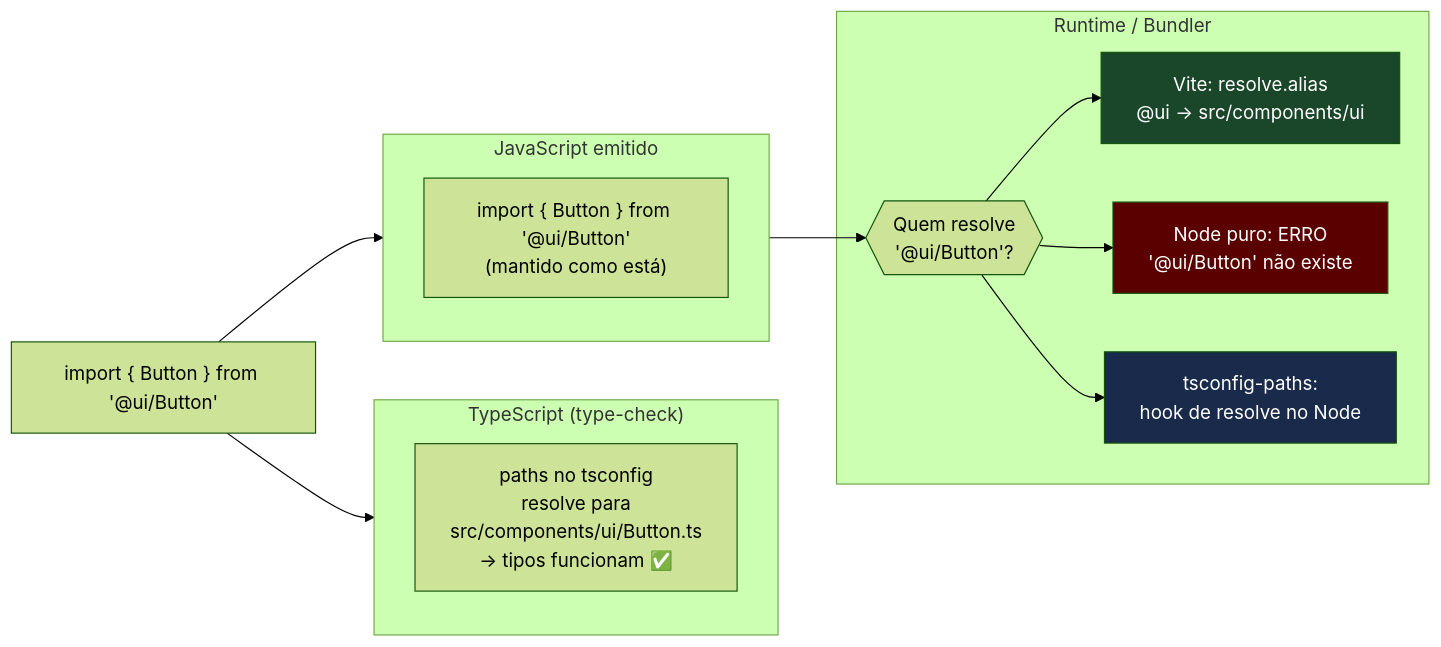
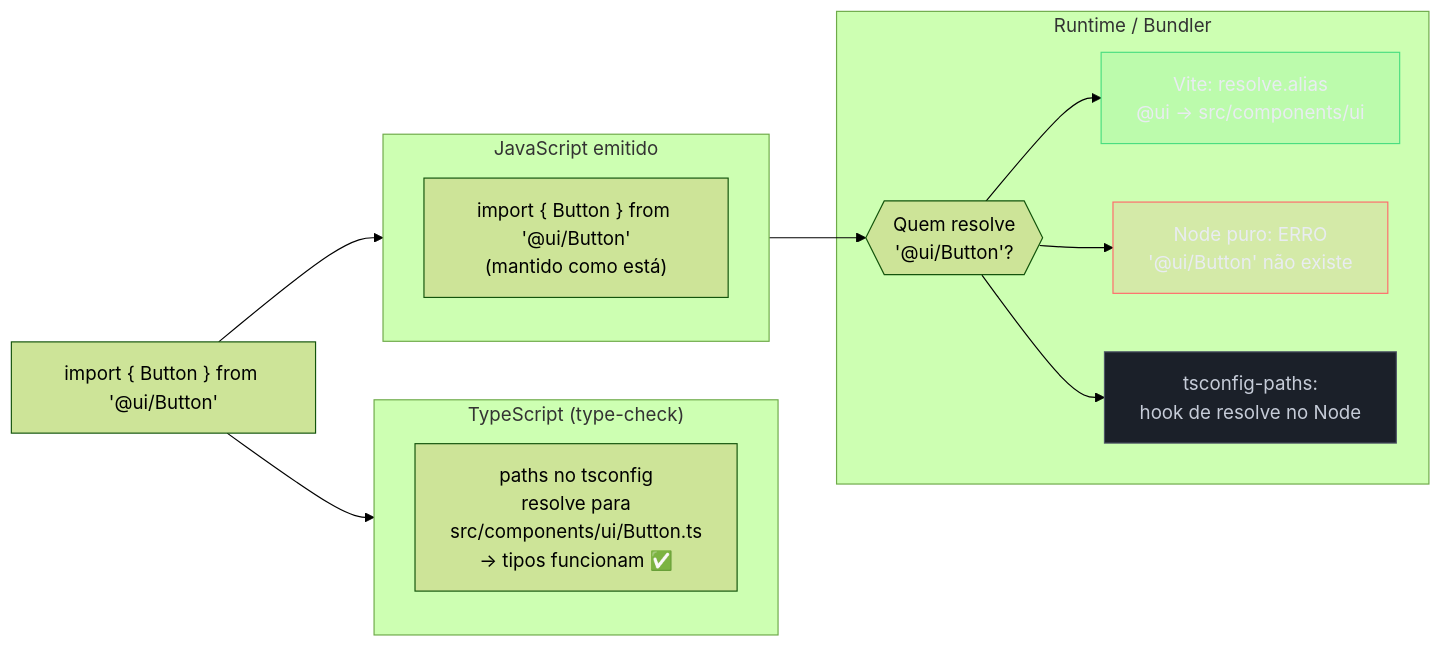
The sixth of 7 diagrams in 03-Dominios/Tecnologia/TypeScript/21 - Modules - ESM, CJS e type-only imports.md (josenaldo/codex-technomanticus), drawn with Mermaid (forest theme) before and after one commit. The commit also changed other lines of this file and 1181 other files, not shown here.

First line of the commit message:
fix(diagramas): paleta do sistema no lugar de cor cravada no markdown

````diff
--- a/03-Dominios/Tecnologia/TypeScript/21 - Modules - ESM, CJS e type-only imports.md
+++ b/03-Dominios/Tecnologia/TypeScript/21 - Modules - ESM, CJS e type-only imports.md
@@ -430,30 +436,33 @@
 ```mermaid
 flowchart LR
+    classDef falha fill:#FF6B6B24,stroke:#FF6B6B,color:#E9ECF2
+    classDef ok fill:#4ADE8021,stroke:#4ADE80,color:#E9ECF2
+    classDef neutro fill:#1B2029,stroke:#4E5666,color:#C6CCD8
     SRC["import { Button } from '@ui/Button'"]
 
     subgraph TS["TypeScript (type-check)"]
         TC["paths no tsconfig\nresolve para\nsrc/components/ui/Button.ts\n→ tipos funcionam ✅"]
     end
 
     subgraph EMIT["JavaScript emitido"]
         EM["import { Button } from '@ui/Button'\n(mantido como está)"]
     end
 
     subgraph RUNTIME["Runtime / Bundler"]
         RT{{"Quem resolve\n'@ui/Button'?"}}
         VITE["Vite: resolve.alias\n@ui → src/components/ui"]
         NODE["Node puro: ERRO\n'@ui/Button' não existe"]
         TSPATH["tsconfig-paths:\nhook de resolve no Node"]
     end
 
     SRC --> TS
     SRC --> EMIT
     EMIT --> RT
     RT --> VITE
     RT --> NODE
     RT --> TSPATH
 
-    style NODE fill:#5a0000,color:#fff
-    style VITE fill:#1a472a,color:#fff
-    style TSPATH fill:#1a2a4a,color:#fff
+    class NODE falha
+    class VITE ok
+    class TSPATH neutro
 ```
````
